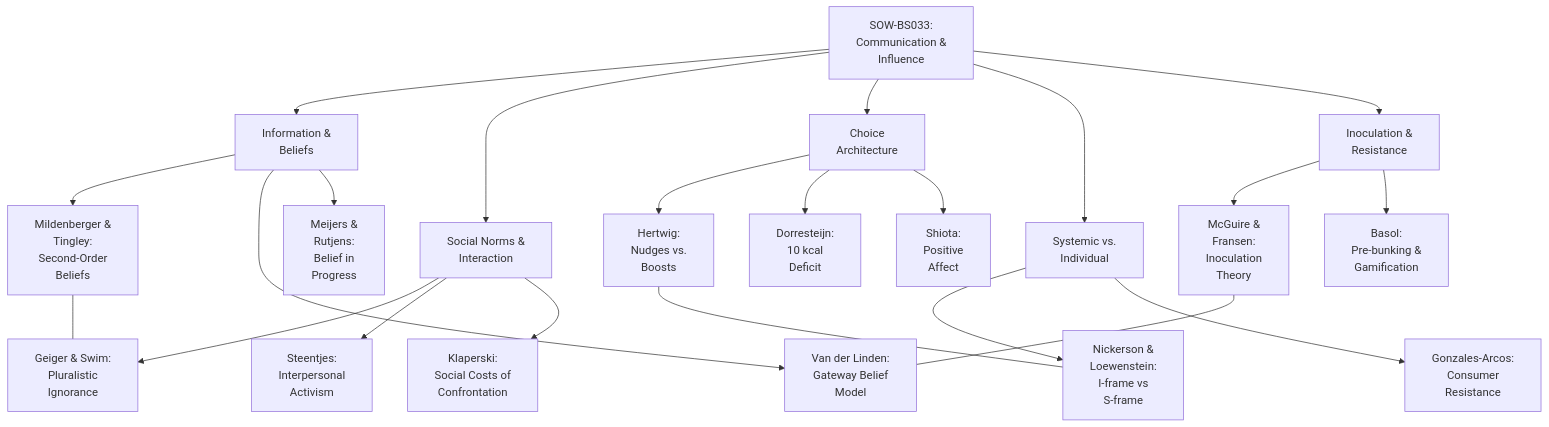
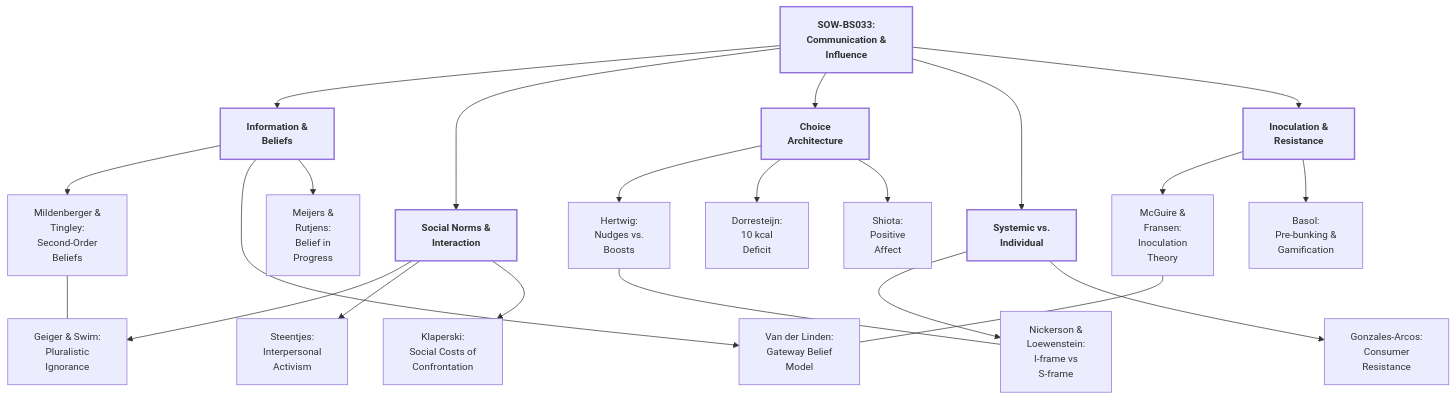
The first of 7 diagrams in Communication_Influence/Mastery_Guide_SOW_BS033.md (GM024/CourseSummaries), drawn with Mermaid before and after one commit. The commit also changed other lines of this file, not shown here.

Commit message:
Standardize Mermaid diagrams with 14px font and bold category styling

````diff
--- a/Communication_Influence/Mastery_Guide_SOW_BS033.md
+++ b/Communication_Influence/Mastery_Guide_SOW_BS033.md
@@ -7,30 +7,33 @@
 ```mermaid
+%%{init: {'themeVariables': { 'fontSize': '14px' }}}%%
 graph TD
-    A["&nbsp; SOW-BS033: &nbsp;<br/>&nbsp; Communication & &nbsp;<br/>&nbsp; Influence &nbsp;"] --> B["&nbsp; Information & &nbsp;<br/>&nbsp; Beliefs &nbsp;"]
-    A --> C["&nbsp; Social Norms & &nbsp;<br/>&nbsp; Interaction &nbsp;"]
-    A --> D["&nbsp; Choice &nbsp;<br/>&nbsp; Architecture &nbsp;"]
-    A --> E["&nbsp; Systemic vs. &nbsp;<br/>&nbsp; Individual &nbsp;"]
-    A --> F["&nbsp; Inoculation & &nbsp;<br/>&nbsp; Resistance &nbsp;"]
+    A["&nbsp; SOW-BS033: &nbsp;<br/>&nbsp; Communication & &nbsp;<br/>&nbsp; Influence &nbsp;"]:::category --> B["&nbsp; Information & &nbsp;<br/>&nbsp; Beliefs &nbsp;"]:::category
+    A --> C["&nbsp; Social Norms & &nbsp;<br/>&nbsp; Interaction &nbsp;"]:::category
+    A --> D["&nbsp; Choice &nbsp;<br/>&nbsp; Architecture &nbsp;"]:::category
+    A --> E["&nbsp; Systemic vs. &nbsp;<br/>&nbsp; Individual &nbsp;"]:::category
+    A --> F["&nbsp; Inoculation & &nbsp;<br/>&nbsp; Resistance &nbsp;"]:::category
 
     B --> B1["&nbsp; Mildenberger & &nbsp;<br/>&nbsp; Tingley: &nbsp;<br/>&nbsp; Second-Order &nbsp;<br/>&nbsp; Beliefs &nbsp;"]
     B --> B2["&nbsp; Van der Linden: &nbsp;<br/>&nbsp; Gateway Belief &nbsp;<br/>&nbsp; Model &nbsp;"]
     B --> B3["&nbsp; Meijers & &nbsp;<br/>&nbsp; Rutjens: &nbsp;<br/>&nbsp; Belief in &nbsp;<br/>&nbsp; Progress &nbsp;"]
 
     C --> C1["&nbsp; Geiger & Swim: &nbsp;<br/>&nbsp; Pluralistic &nbsp;<br/>&nbsp; Ignorance &nbsp;"]
     C --> C2["&nbsp; Steentjes: &nbsp;<br/>&nbsp; Interpersonal &nbsp;<br/>&nbsp; Activism &nbsp;"]
     C --> C3["&nbsp; Klaperski: &nbsp;<br/>&nbsp; Social Costs of &nbsp;<br/>&nbsp; Confrontation &nbsp;"]
 
     D --> D1["&nbsp; Hertwig: &nbsp;<br/>&nbsp; Nudges vs. &nbsp;<br/>&nbsp; Boosts &nbsp;"]
     D --> D2["&nbsp; Dorresteijn: &nbsp;<br/>&nbsp; 10 kcal &nbsp;<br/>&nbsp; Deficit &nbsp;"]
     D --> D3["&nbsp; Shiota: &nbsp;<br/>&nbsp; Positive &nbsp;<br/>&nbsp; Affect &nbsp;"]
 
     E --> E1["&nbsp; Nickerson & &nbsp;<br/>&nbsp; Loewenstein: &nbsp;<br/>&nbsp; I-frame vs &nbsp;<br/>&nbsp; S-frame &nbsp;"]
     E --> E2["&nbsp; Gonzales-Arcos: &nbsp;<br/>&nbsp; Consumer &nbsp;<br/>&nbsp; Resistance &nbsp;"]
 
     F --> F1["&nbsp; McGuire & &nbsp;<br/>&nbsp; Fransen: &nbsp;<br/>&nbsp; Inoculation &nbsp;<br/>&nbsp; Theory &nbsp;"]
     F --> F2["&nbsp; Basol: &nbsp;<br/>&nbsp; Pre-bunking & &nbsp;<br/>&nbsp; Gamification &nbsp;"]
 
     B1 --- C1
     D1 --- E1
     F1 --- B2
+
+    classDef category font-weight:bold,stroke-width:2px;
 ```
````
